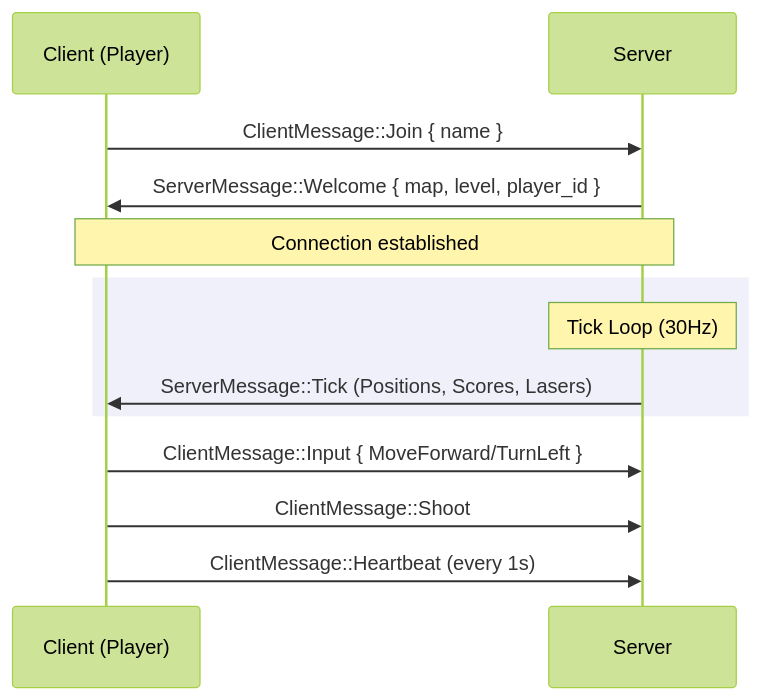
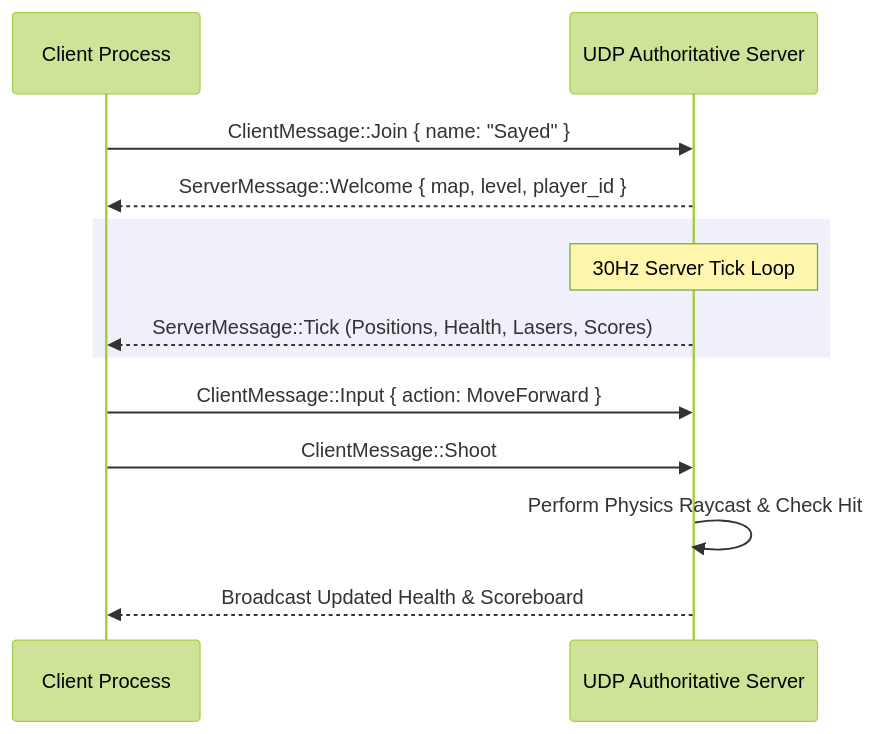
Before and after one commit to sahmedhusain/vector-maze-3d: the second of 3 diagrams in README.md, drawn with Mermaid (forest theme). The commit also changed other lines of this file and 2 other files, not shown here.

````diff
--- a/README.md
+++ b/README.md
@@ -92,18 +63,18 @@
 ```mermaid
 sequenceDiagram
-    participant Client as Client (Player)
-    participant Server as Server
-    
-    Client->>Server: ClientMessage::Join { name }
-    Server->>Client: ServerMessage::Welcome { map, level, player_id }
-    Note over Client,Server: Connection established
+    participant Client as Client Process
+    participant Server as UDP Authoritative Server
+
+    Client->>Server: ClientMessage::Join { name: "Sayed" }
+    Server-->>Client: ServerMessage::Welcome { map, level, player_id }
     
     rect rgb(240, 240, 250)
-        Note over Server: Tick Loop (30Hz)
-        Server->>Client: ServerMessage::Tick (Positions, Scores, Lasers)
+        Note over Server: 30Hz Server Tick Loop
+        Server-->>Client: ServerMessage::Tick (Positions, Health, Lasers, Scores)
     end
     
-    Client->>Server: ClientMessage::Input { MoveForward/TurnLeft }
+    Client->>Server: ClientMessage::Input { action: MoveForward }
     Client->>Server: ClientMessage::Shoot
-    Client->>Server: ClientMessage::Heartbeat (every 1s)
+    Server->>Server: Perform Physics Raycast & Check Hit
+    Server-->>Client: Broadcast Updated Health & Scoreboard
 ```
````
